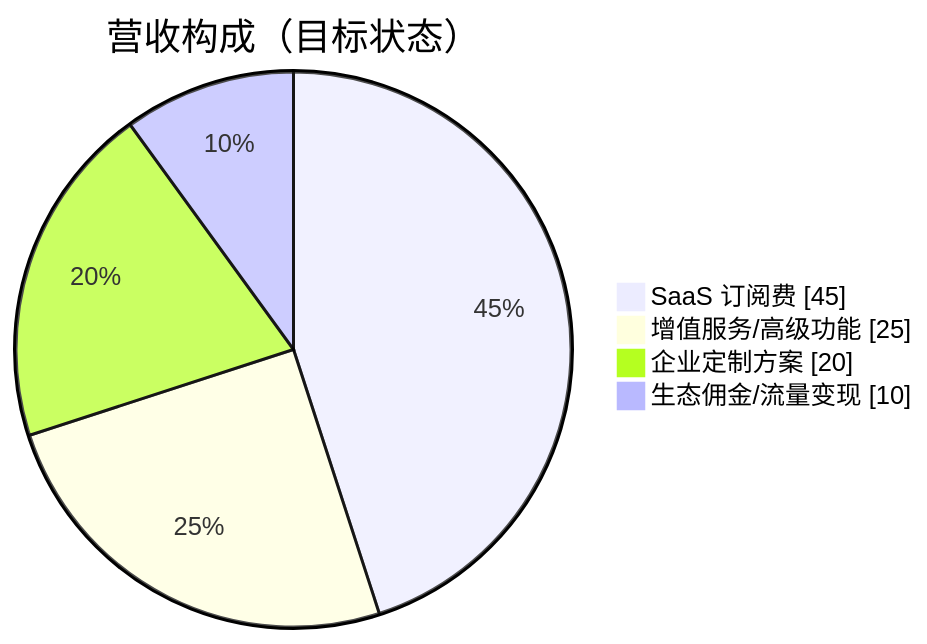
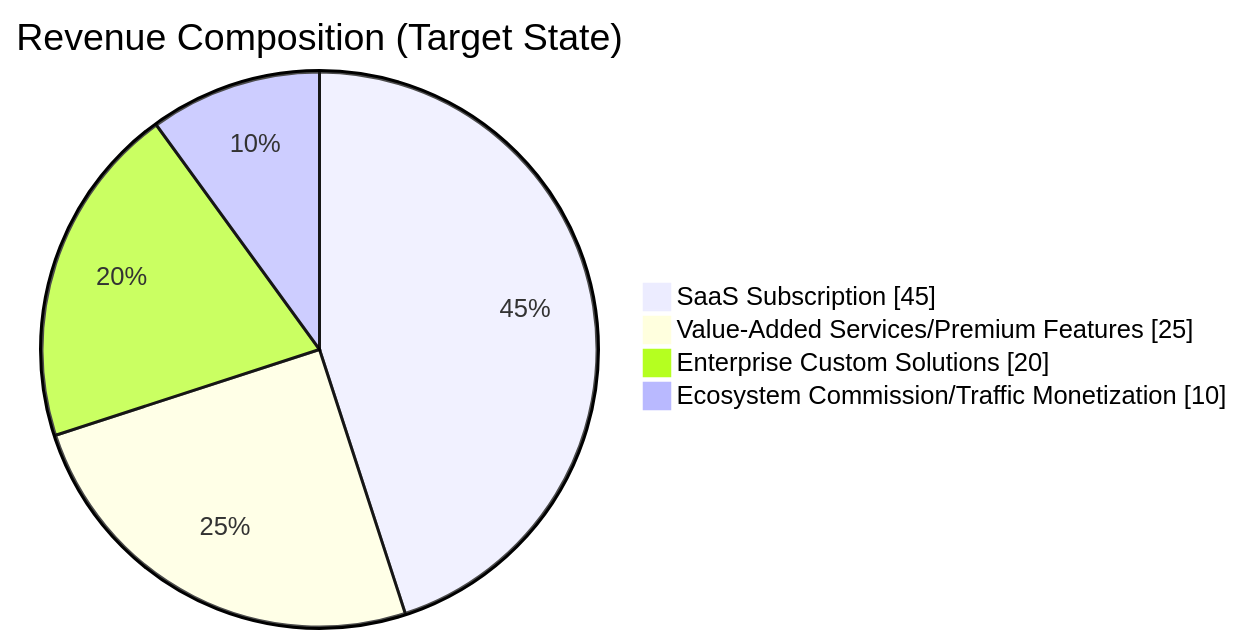
The fifth of 10 diagrams in templates/【模板】商业计划书.md (Kirky-X/cangjie), drawn with Mermaid before and after one commit. The commit also changed other lines of this file and 60 other files, not shown here.

````diff
--- a/templates/【模板】商业计划书.md
+++ b/templates/【模板】商业计划书.md
@@ -178,8 +178,8 @@
 ```mermaid
 pie showData
-    title 营收构成（目标状态）
-    "SaaS 订阅费" : 45
-    "增值服务/高级功能" : 25
-    "企业定制方案" : 20
-    "生态佣金/流量变现" : 10
+    title Revenue Composition (Target State)
+    "SaaS Subscription" : 45
+    "Value-Added Services/Premium Features" : 25
+    "Enterprise Custom Solutions" : 20
+    "Ecosystem Commission/Traffic Monetization" : 10
 ```
````
